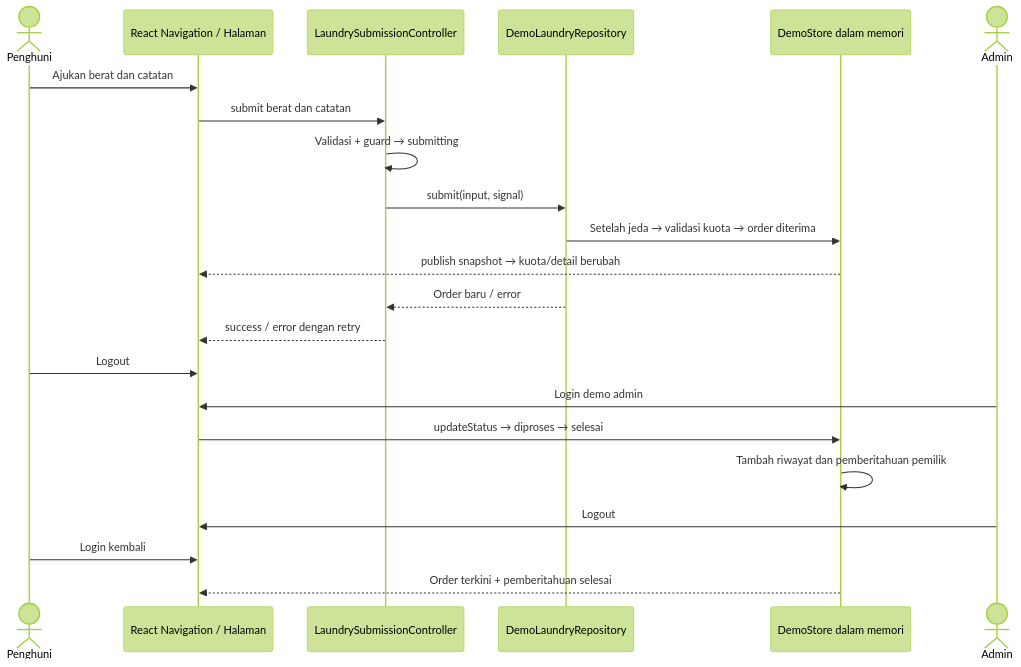
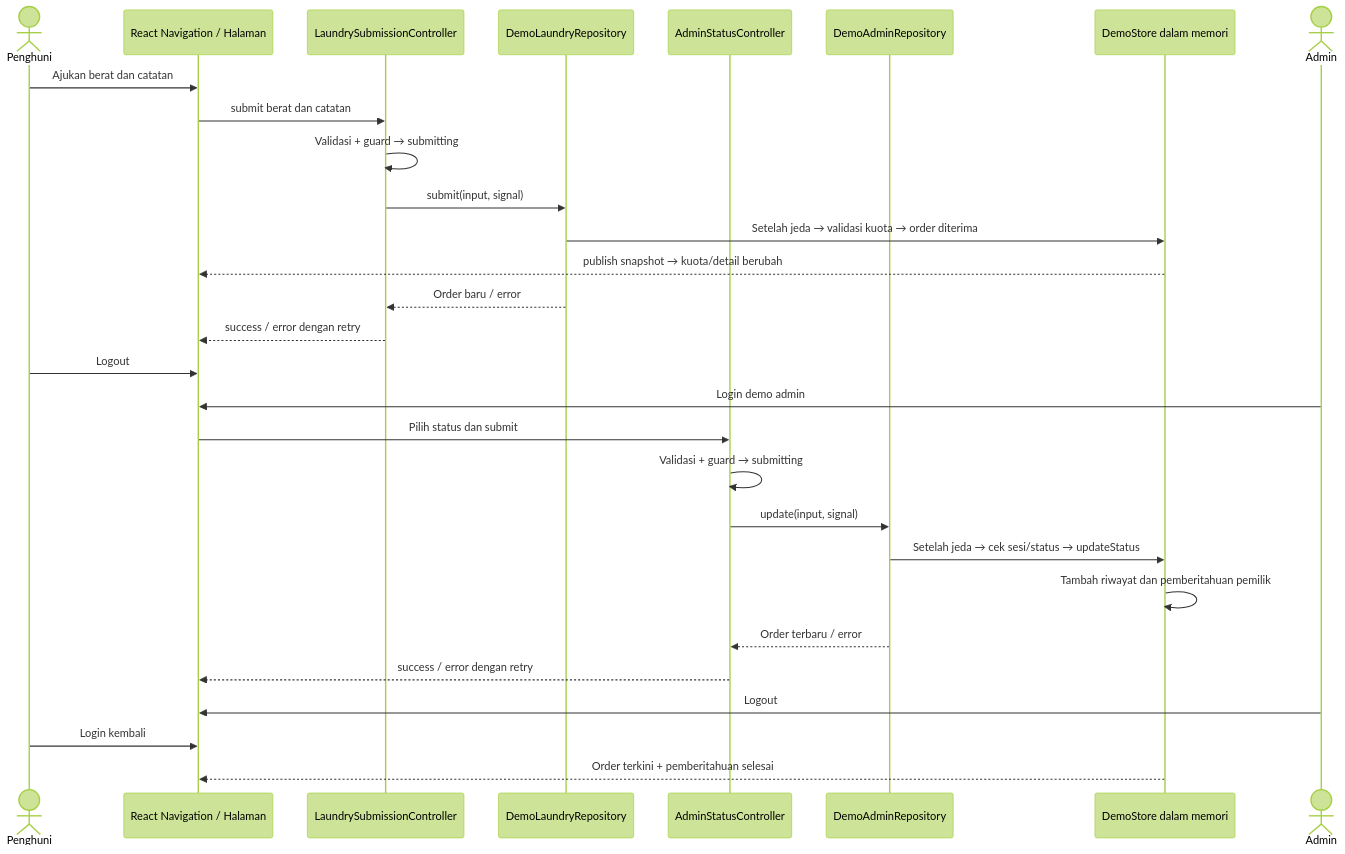
One commit to Michael-Hansel17/LaundryAlert changed the first of 4 diagrams in ARCHITECTURE.md. Above: the diagram before and after it, drawn with Mermaid (forest theme). The commit also changed other lines of this file and 49 other files, not shown here.

Commit message:
Add local data persistence with AsyncStorage CRUD, admin status state, and docs

````diff
--- a/ARCHITECTURE.md
+++ b/ARCHITECTURE.md
@@ -113,24 +117,31 @@
 ```mermaid
 sequenceDiagram
     actor Penghuni
     participant UI as React Navigation / Halaman
     participant Controller as LaundrySubmissionController
     participant Repo as DemoLaundryRepository
+    participant AdminController as AdminStatusController
+    participant AdminRepo as DemoAdminRepository
     participant Store as DemoStore dalam memori
     actor Admin
     Penghuni->>UI: Ajukan berat dan catatan
     UI->>Controller: submit berat dan catatan
     Controller->>Controller: Validasi + guard → submitting
     Controller->>Repo: submit(input, signal)
     Repo->>Store: Setelah jeda → validasi kuota → order diterima
     Store-->>UI: publish snapshot → kuota/detail berubah
     Repo-->>Controller: Order baru / error
     Controller-->>UI: success / error dengan retry
     Penghuni->>UI: Logout
     Admin->>UI: Login demo admin
-    UI->>Store: updateStatus → diproses → selesai
+    UI->>AdminController: Pilih status dan submit
+    AdminController->>AdminController: Validasi + guard → submitting
+    AdminController->>AdminRepo: update(input, signal)
+    AdminRepo->>Store: Setelah jeda → cek sesi/status → updateStatus
     Store->>Store: Tambah riwayat dan pemberitahuan pemilik
+    AdminRepo-->>AdminController: Order terbaru / error
+    AdminController-->>UI: success / error dengan retry
     Admin->>UI: Logout
     Penghuni->>UI: Login kembali
     Store-->>UI: Order terkini + pemberitahuan selesai
 ```
````
